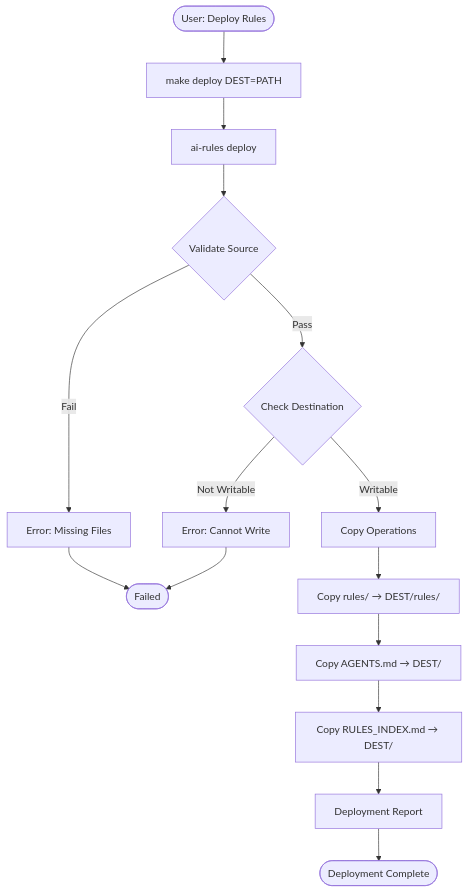
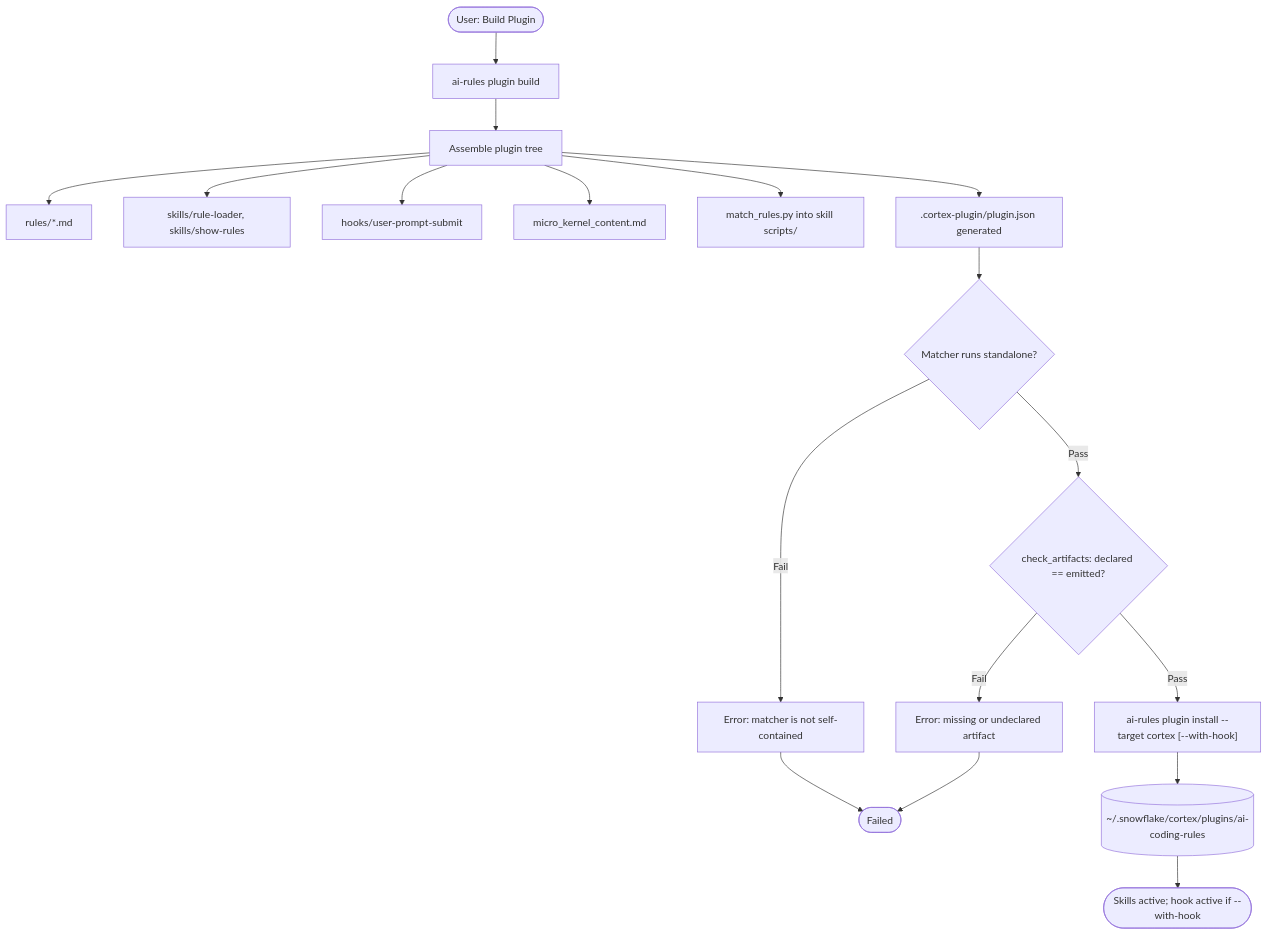
Before and after one commit to sfc-gh-myoung/ai_coding_rules: the second of 2 diagrams in docs/ARCHITECTURE.md, drawn with Mermaid. The commit also changed other lines of this file and 686 other files, not shown here.

First line of the commit message:
feat(plugin): add deterministic progressive rule loading

````diff
--- a/docs/ARCHITECTURE.md
+++ b/docs/ARCHITECTURE.md
@@ -392,18 +479,21 @@
 ```mermaid
 flowchart TD
-    Start([User: Deploy Rules]) --> Command
-    Command[make deploy DEST=PATH] --> Deployer
-    Deployer[ai-rules deploy] --> Validate{Validate Source}
-    Validate -->|Fail| Error[Error: Missing Files]
-    Validate -->|Pass| CheckDest{Check Destination}
-    CheckDest -->|Not Writable| Error2[Error: Cannot Write]
-    CheckDest -->|Writable| Copy
-    Copy[Copy Operations] --> CopyRules[Copy rules/ → DEST/rules/]
-    CopyRules --> CopyAgents[Copy AGENTS.md → DEST/]
-    CopyAgents --> CopyIndex[Copy RULES_INDEX.md → DEST/]
-    CopyIndex --> Report[Deployment Report]
-    Report --> Success([Deployment Complete])
+    Start([User: Build Plugin]) --> Command
+    Command["ai-rules plugin build"] --> Assemble
+    Assemble[Assemble plugin tree] --> CopyRules[rules/*.md]
+    Assemble --> CopySkills[skills/rule-loader, skills/show-rules]
+    Assemble --> CopyHook[hooks/user-prompt-submit]
+    Assemble --> CopyKernel[micro_kernel_content.md]
+    Assemble --> CopyMatcher[match_rules.py into skill scripts/]
+    Assemble --> Manifest[.cortex-plugin/plugin.json generated]
+    Manifest --> Standalone{Matcher runs standalone?}
+    Standalone -->|Fail| Error[Error: matcher is not self-contained]
+    Standalone -->|Pass| Contract{check_artifacts: declared == emitted?}
+    Contract -->|Fail| Error2[Error: missing or undeclared artifact]
+    Contract -->|Pass| Install["ai-rules plugin install --target cortex [--with-hook]"]
+    Install --> Registry[(~/.snowflake/cortex/plugins/ai-coding-rules)]
+    Registry --> Active([Skills active; hook active if --with-hook])
 
     Error --> End([Failed])
     Error2 --> End
 ```
````
